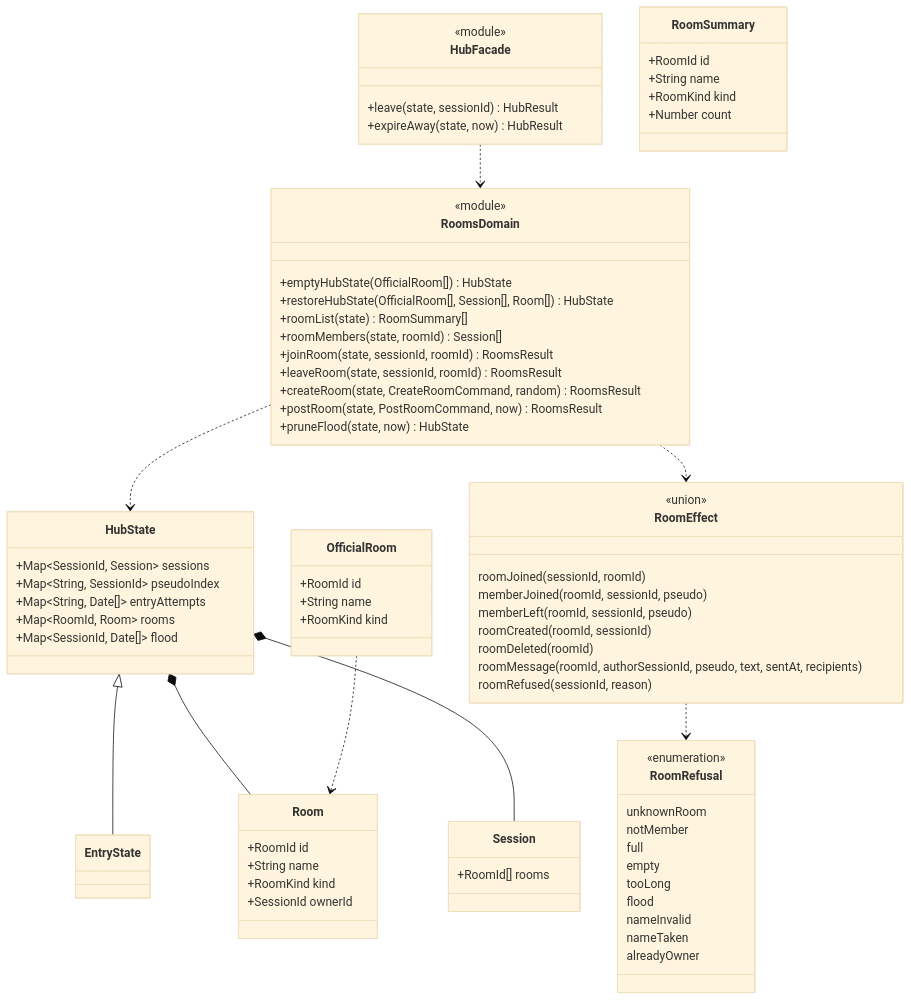
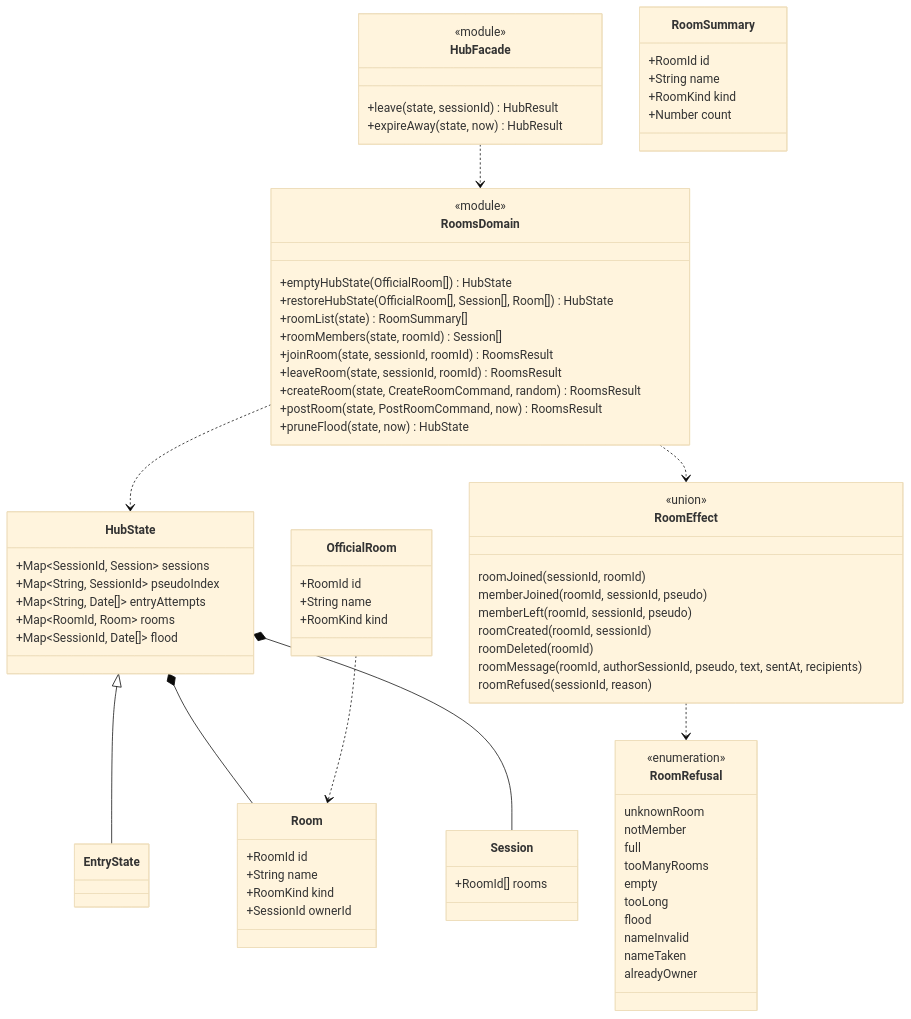
Before and after one commit to benoit-bremaud/asv: the diagram in docs/architecture/diagrams/rooms/07-class-domain-api.md, drawn with Mermaid (base theme). The commit also changed other lines of this file and 9 other files, not shown here.

````diff
--- a/docs/architecture/diagrams/rooms/07-class-domain-api.md
+++ b/docs/architecture/diagrams/rooms/07-class-domain-api.md
@@ -16,77 +16,78 @@
 ```mermaid
 classDiagram
   class RoomsDomain {
     <<module>>
     +emptyHubState(OfficialRoom[]) HubState
     +restoreHubState(OfficialRoom[], Session[], Room[]) HubState
     +roomList(state) RoomSummary[]
     +roomMembers(state, roomId) Session[]
     +joinRoom(state, sessionId, roomId) RoomsResult
     +leaveRoom(state, sessionId, roomId) RoomsResult
     +createRoom(state, CreateRoomCommand, random) RoomsResult
     +postRoom(state, PostRoomCommand, now) RoomsResult
     +pruneFlood(state, now) HubState
   }
   class HubFacade {
     <<module>>
     +leave(state, sessionId) HubResult
     +expireAway(state, now) HubResult
   }
   class HubState {
     +Map~SessionId, Session~ sessions
     +Map~String, SessionId~ pseudoIndex
     +Map~String, Date[]~ entryAttempts
     +Map~RoomId, Room~ rooms
     +Map~SessionId, Date[]~ flood
   }
   class Session {
     +RoomId[] rooms
   }
   class Room {
     +RoomId id
     +String name
     +RoomKind kind
     +SessionId ownerId
   }
   class OfficialRoom {
     +RoomId id
     +String name
     +RoomKind kind
   }
   class RoomSummary {
     +RoomId id
     +String name
     +RoomKind kind
     +Number count
   }
   class RoomEffect {
     <<union>>
     roomJoined(sessionId, roomId)
     memberJoined(roomId, sessionId, pseudo)
     memberLeft(roomId, sessionId, pseudo)
     roomCreated(roomId, sessionId)
     roomDeleted(roomId)
     roomMessage(roomId, authorSessionId, pseudo, text, sentAt, recipients)
     roomRefused(sessionId, reason)
   }
   class RoomRefusal {
     <<enumeration>>
     unknownRoom
     notMember
     full
+    tooManyRooms
     empty
     tooLong
     flood
     nameInvalid
     nameTaken
     alreadyOwner
   }
   HubState <|-- EntryState
   HubState *-- Room
   HubState *-- Session
   RoomsDomain ..> HubState
   RoomsDomain ..> RoomEffect
   HubFacade ..> RoomsDomain
   RoomEffect ..> RoomRefusal
   OfficialRoom ..> Room
 ```
````
